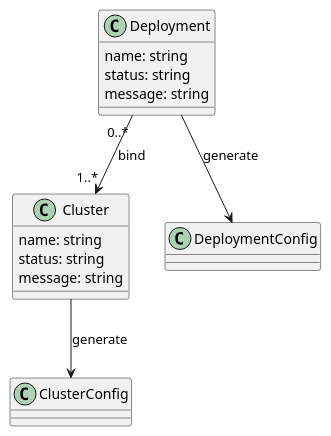
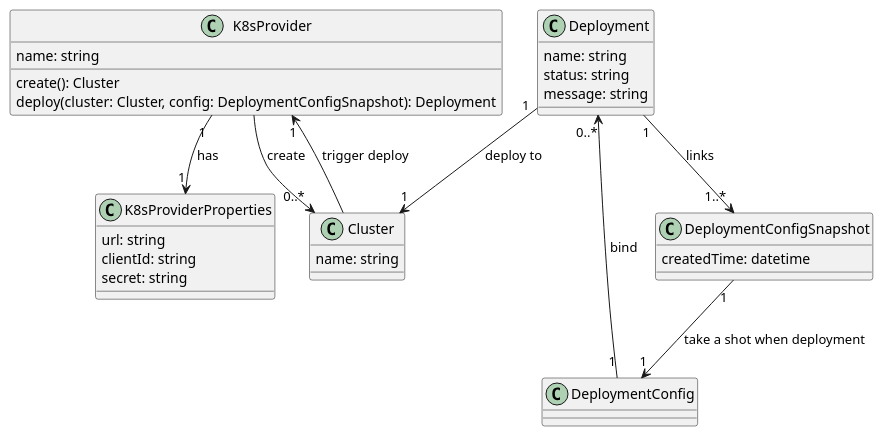
Before and after one commit to xiayy860612/k8s-manager-platform: the diagram in docs/domain-model.puml, drawn with PlantUML. The commit also changed 6 other files, not shown here.

Commit message:
feat: update flow and domain model

```diff
--- a/docs/domain-model.puml
+++ b/docs/domain-model.puml
@@ -1,23 +1,44 @@
 @startuml "Domain Model"
+
+class K8sProvider {
+    name: string
+
+    create(): Cluster
+    deploy(cluster: Cluster, config: DeploymentConfigSnapshot): Deployment
+}
+
+class K8sProviderProperties {
+    url: string
+    clientId: string
+    secret: string
+}
+
+K8sProvider "1" --> "1" K8sProviderProperties: has
+
 class Cluster {
     name: string
-    status: string
-    message: string
 }
 
-class ClusterConfig
+K8sProvider --> "0..*" Cluster: create
+Cluster --> "1" K8sProvider: trigger deploy
 
-Cluster --> ClusterConfig: generate
+class DeploymentConfig
 
 class Deployment {
     name: string
     status: string
     message: string
 }
 
-class DeploymentConfig
+Deployment "1" --> "1" Cluster: deploy to
 
-Deployment --> DeploymentConfig: generate
+class DeploymentConfigSnapshot {
+    createdTime: datetime
+}
 
-Deployment "0..*" --> "1..*" Cluster: bind
+DeploymentConfigSnapshot "1" --> "1" DeploymentConfig: take a shot when deployment
+
+Deployment "1" --> "1..*" DeploymentConfigSnapshot: links
+
+DeploymentConfig "1" --> "0..*" Deployment: bind
 @enduml
```
